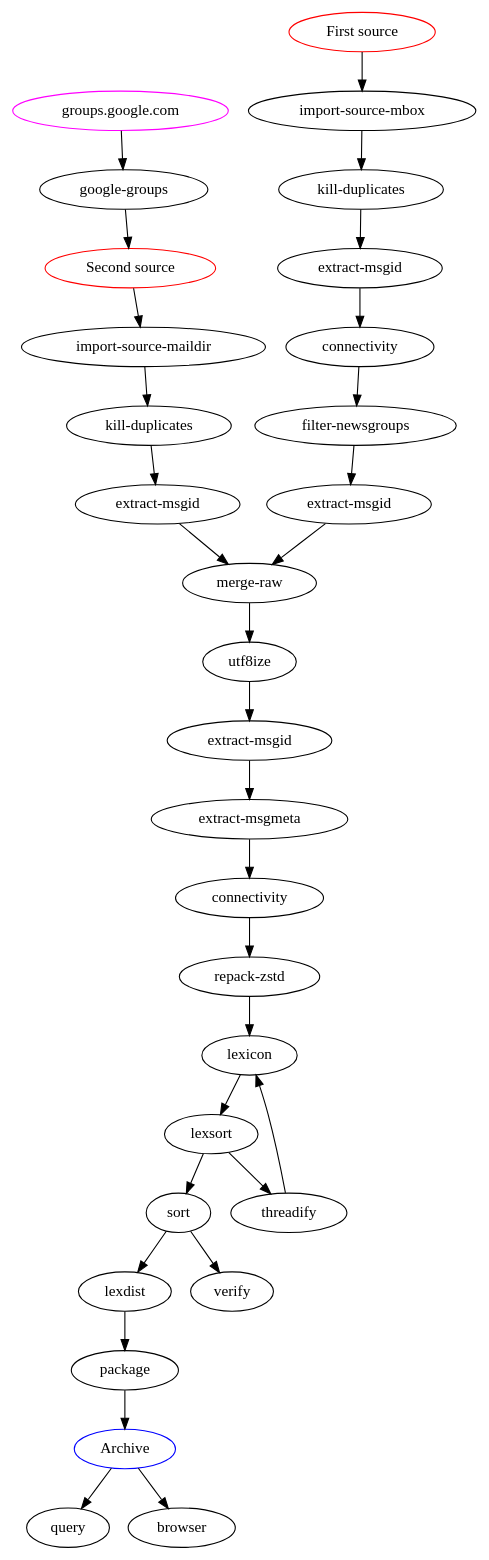
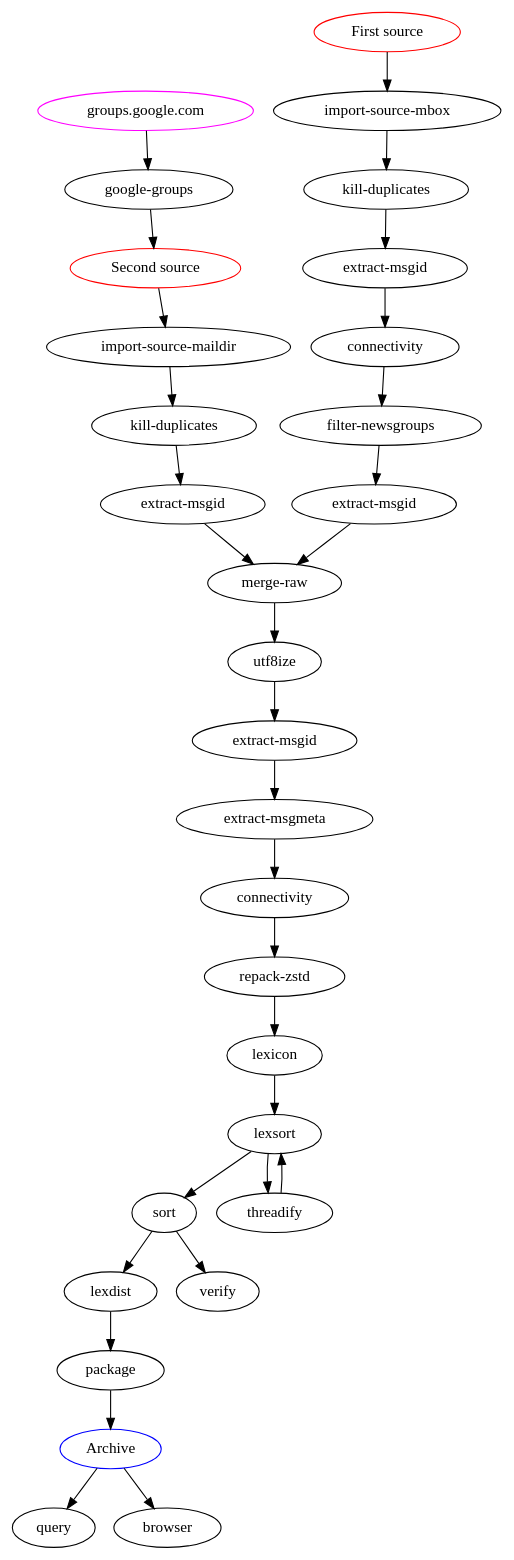
The diagram in doc/pipeline.dot (wolfpld/usenetarchive), drawn with Graphviz before and after one commit. The commit also changed 1 other file, not shown here.

Commit message:
Only one run of lexicon is needed now.

```diff
--- a/doc/pipeline.dot
+++ b/doc/pipeline.dot
@@ -1,56 +1,56 @@
 digraph
 {
     ggsrc[label="groups.google.com", color=magenta];
     gg[label="google-groups"];
 
     src1[label="First source", color=red];
     src2[label="Second source", color=red];
     dst1[label="Archive", color=blue];
 
     mbox[label="import-source-mbox"];
     maildir[label="import-source-maildir"];
 
     kill1[label="kill-duplicates"];
     kill2[label="kill-duplicates"];
 
     msgid1[label="extract-msgid"];
     msgid2[label="extract-msgid"];
     msgid3[label="extract-msgid"];
     msgid4[label="extract-msgid"];
     conn2[label="connectivity"];
 
     filter[label="filter-newsgroups"];
     merge[label="merge-raw"];
     msgmeta[label="extract-msgmeta"];
     repack[label="repack-zstd"];
 
     ggsrc -> gg;
     gg -> src2;
     src1 -> mbox;
     src2 -> maildir;
     mbox -> kill1;
     maildir -> kill2;
     kill1 -> msgid4;
     msgid4 -> conn2;
     conn2 -> filter;
     filter -> msgid1;
     kill2 -> msgid2;
     msgid1 -> merge;
     msgid2 -> merge;
     merge -> utf8ize;
     utf8ize -> msgid3;
     msgid3 -> msgmeta;
     msgmeta -> connectivity;
     connectivity -> repack;
     repack -> lexicon;
     lexicon -> lexsort;
     lexsort -> sort;
     sort -> lexdist;
     sort -> verify;
     lexdist -> package;
     package -> dst1;
     dst1 -> query;
     dst1 -> browser;
     lexsort -> threadify;
-    threadify -> lexicon;
+    threadify -> lexsort;
 }
```
